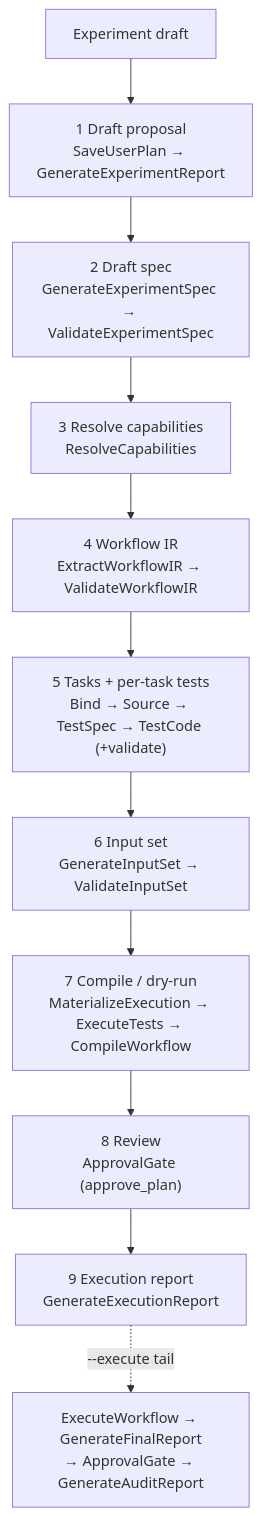
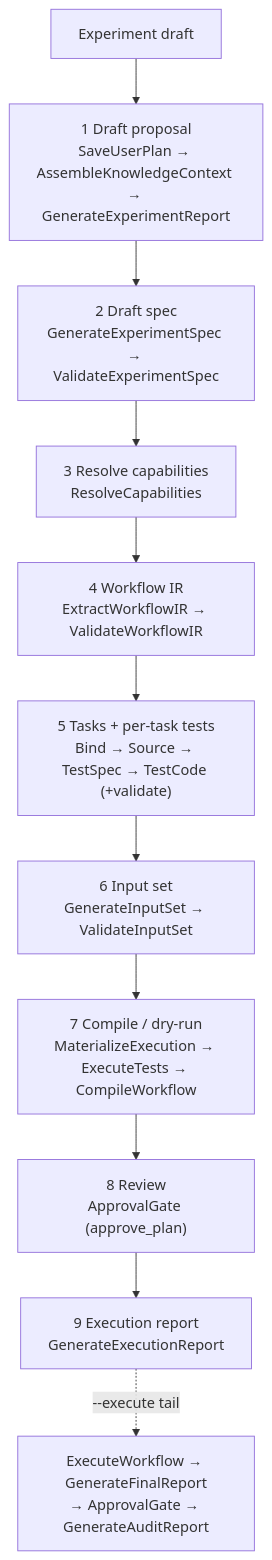
Before and after one commit to Roy-Kid/molexp: the first of 2 diagrams in docs/architecture/plan-mode.md, drawn with Mermaid. The commit also changed 19 other files, not shown here.

````diff
--- a/docs/architecture/plan-mode.md
+++ b/docs/architecture/plan-mode.md
@@ -37,13 +37,13 @@
 ```mermaid
 flowchart TD
-    A["Experiment draft"] --> S1["1 Draft proposal<br/>SaveUserPlan → GenerateExperimentReport"]
+    A["Experiment draft"] --> S1["1 Draft proposal<br/>SaveUserPlan → AssembleKnowledgeContext → GenerateExperimentReport"]
     S1 --> S2["2 Draft spec<br/>GenerateExperimentSpec → ValidateExperimentSpec"]
     S2 --> S3["3 Resolve capabilities<br/>ResolveCapabilities"]
     S3 --> S4["4 Workflow IR<br/>ExtractWorkflowIR → ValidateWorkflowIR"]
     S4 --> S5["5 Tasks + per-task tests<br/>Bind → Source → TestSpec → TestCode (+validate)"]
     S5 --> S6["6 Input set<br/>GenerateInputSet → ValidateInputSet"]
     S6 --> S7["7 Compile / dry-run<br/>MaterializeExecution → ExecuteTests → CompileWorkflow"]
     S7 --> S8["8 Review<br/>ApprovalGate (approve_plan)"]
     S8 --> S9["9 Execution report<br/>GenerateExecutionReport"]
     S9 -.->|--execute tail| R["ExecuteWorkflow → GenerateFinalReport<br/>→ ApprovalGate → GenerateAuditReport"]
 ```
````
